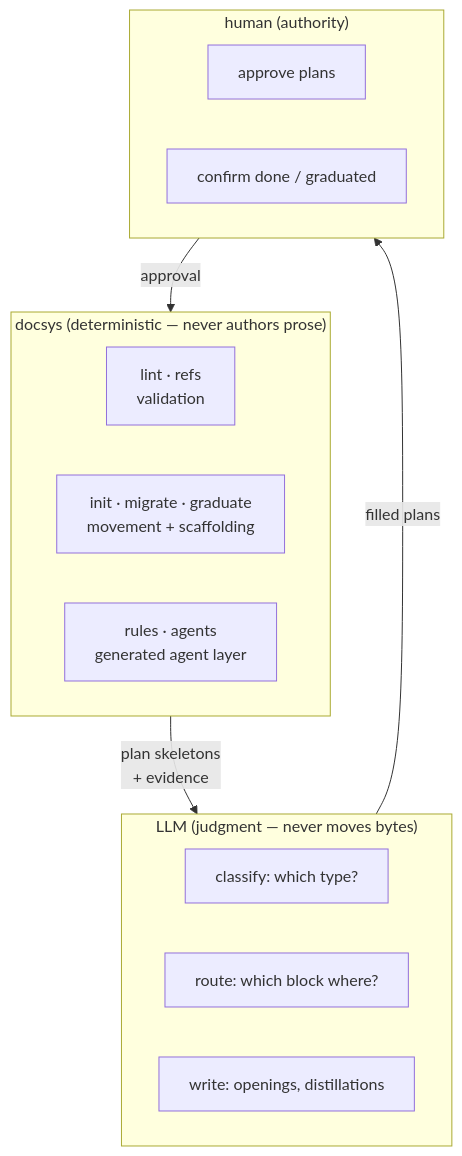
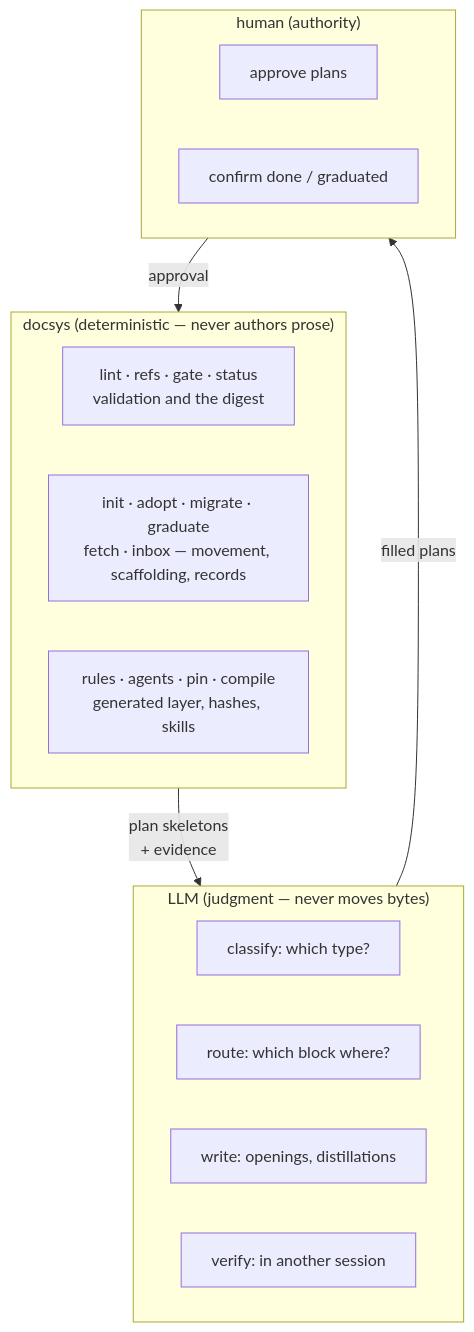
One commit to FatihErtugral/docsys changed the second of 7 diagrams in README.md. Above: the diagram before and after it, drawn with Mermaid. The commit also changed other lines of this file and 10 other files, not shown here.

````diff
--- a/README.md
+++ b/README.md
@@ -66,21 +72,22 @@
 ```mermaid
 flowchart TD
     subgraph TOOL["docsys  (deterministic — never authors prose)"]
-        T1[lint · refs<br/>validation]
-        T2[init · migrate · graduate<br/>movement + scaffolding]
-        T3[rules · agents<br/>generated agent layer]
+        T1[lint · refs · gate · status<br/>validation and the digest]
+        T2[init · adopt · migrate · graduate<br/>fetch · inbox — movement, scaffolding, records]
+        T3[rules · agents · pin · compile<br/>generated layer, hashes, skills]
     end
     subgraph MODEL["LLM  (judgment — never moves bytes)"]
         M1[classify: which type?]
         M2[route: which block where?]
         M3[write: openings, distillations]
+        M4[verify: in another session]
     end
     subgraph HUMAN["human  (authority)"]
         H1[approve plans]
         H2["confirm done / graduated"]
     end
 
     TOOL -- "plan skeletons<br/>+ evidence" --> MODEL
     MODEL -- "filled plans" --> HUMAN
     HUMAN -- approval --> TOOL
 ```
````
